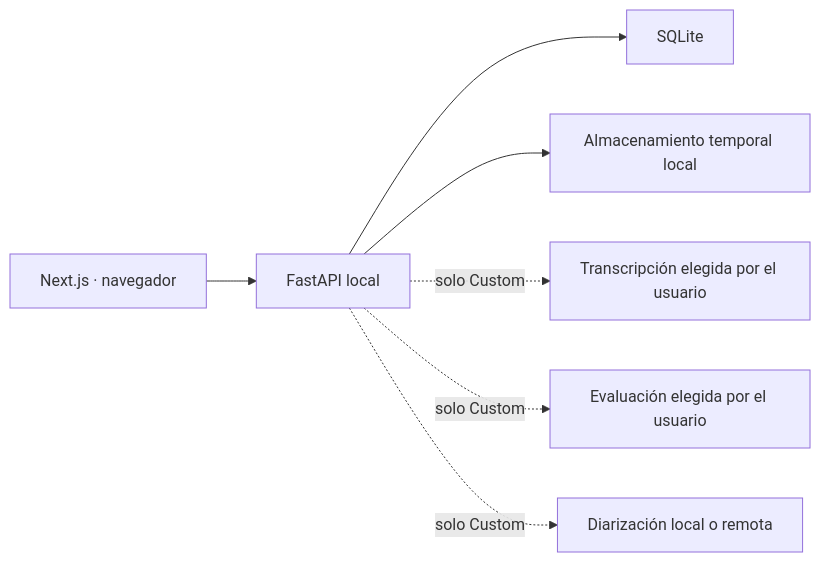
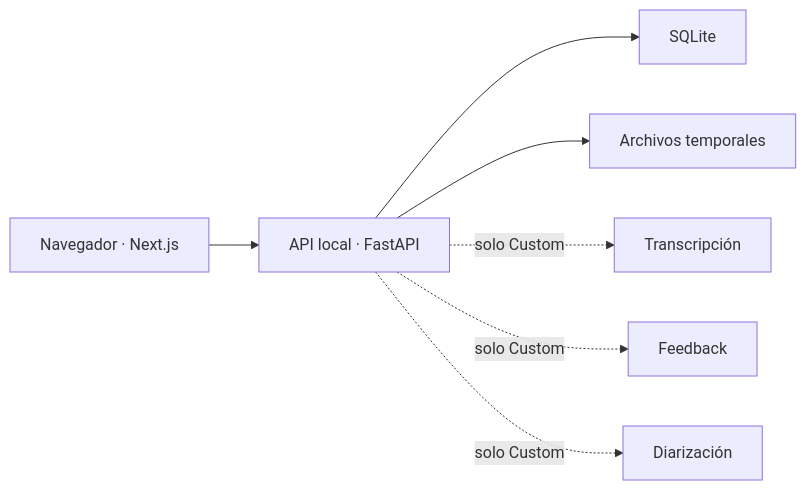
The diagram in README.md (antoniorjmnz/b2-speaking-practice), drawn with Mermaid before and after one commit. The commit also changed other lines of this file and 1 other file, not shown here.

````diff
--- a/README.md
+++ b/README.md
@@ -62,9 +80,9 @@
 ```mermaid
 flowchart LR
-    Browser["Next.js · navegador"] --> LocalAPI["FastAPI local"]
-    LocalAPI --> SQLite["SQLite"]
-    LocalAPI --> Disk["Almacenamiento temporal local"]
-    LocalAPI -. "solo Custom" .-> STT["Transcripción elegida por el usuario"]
-    LocalAPI -. "solo Custom" .-> LLM["Evaluación elegida por el usuario"]
-    LocalAPI -. "solo Custom" .-> Diarization["Diarización local o remota"]
+    Browser["Navegador · Next.js"] --> API["API local · FastAPI"]
+    API --> SQLite
+    API --> Disk["Archivos temporales"]
+    API -. "solo Custom" .-> STT["Transcripción"]
+    API -. "solo Custom" .-> LLM["Feedback"]
+    API -. "solo Custom" .-> Diarization["Diarización"]
 ```
````
